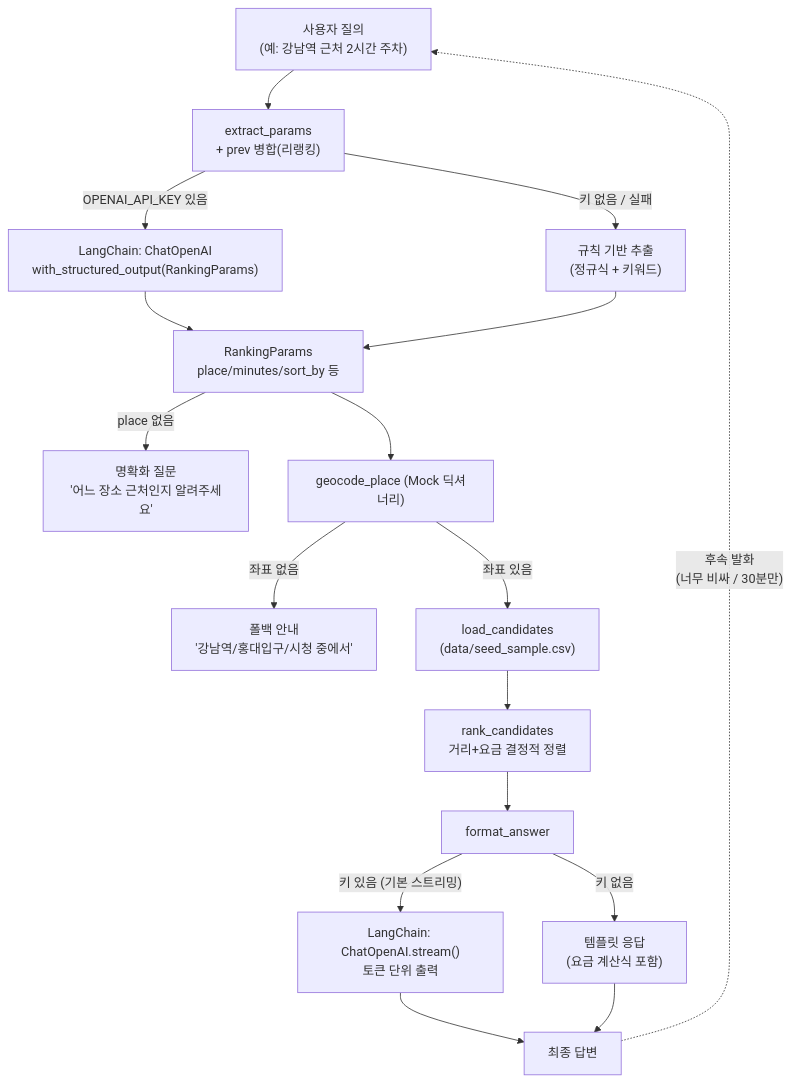
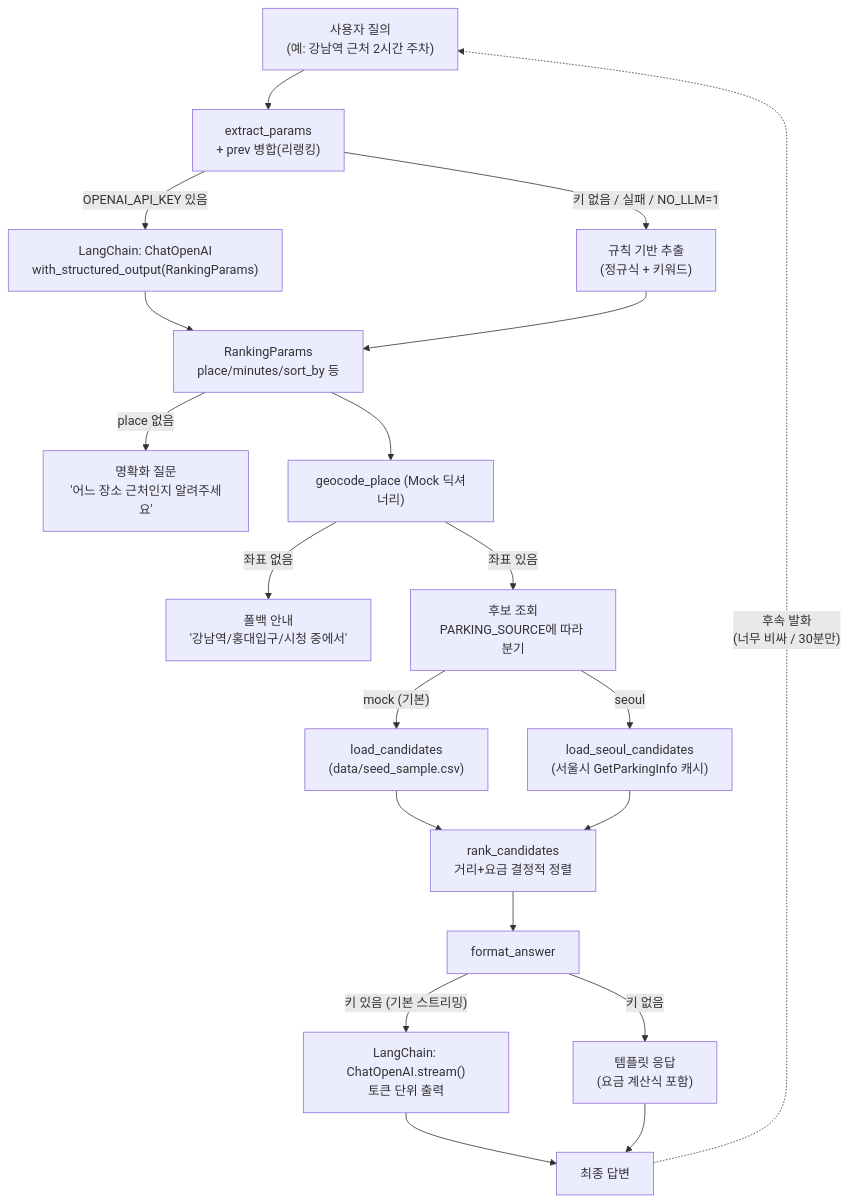
One commit to P4NTENG/parking-agent changed the diagram in README.md. Above: the diagram before and after it, drawn with Mermaid. The commit also changed other lines of this file and 2 other files, not shown here.

````diff
--- a/README.md
+++ b/README.md
@@ -18,19 +19,22 @@
 ```mermaid
 flowchart TD
     U["사용자 질의\n(예: 강남역 근처 2시간 주차)"] --> E["extract_params\n+ prev 병합(리랭킹)"]
     E -->|"OPENAI_API_KEY 있음"| L1["LangChain: ChatOpenAI\nwith_structured_output(RankingParams)"]
-    E -->|"키 없음 / 실패"| R1["규칙 기반 추출\n(정규식 + 키워드)"]
+    E -->|"키 없음 / 실패 / NO_LLM=1"| R1["규칙 기반 추출\n(정규식 + 키워드)"]
     L1 --> P["RankingParams\nplace/minutes/sort_by 등"]
     R1 --> P
     P -->|"place 없음"| C1["명확화 질문\n'어느 장소 근처인지 알려주세요'"]
     P --> G["geocode_place (Mock 딕셔너리)"]
     G -->|"좌표 없음"| C2["폴백 안내\n'강남역/홍대입구/시청 중에서'"]
-    G -->|"좌표 있음"| D["load_candidates\n(data/seed_sample.csv)"]
-    D --> K["rank_candidates\n거리+요금 결정적 정렬"]
+    G -->|"좌표 있음"| D["후보 조회\nPARKING_SOURCE에 따라 분기"]
+    D -->|"mock (기본)"| D1["load_candidates\n(data/seed_sample.csv)"]
+    D -->|"seoul"| D2["load_seoul_candidates\n(서울시 GetParkingInfo 캐시)"]
+    D1 --> K["rank_candidates\n거리+요금 결정적 정렬"]
+    D2 --> K
     K --> F["format_answer"]
     F -->|"키 있음 (기본 스트리밍)"| L2["LangChain: ChatOpenAI.stream()\n토큰 단위 출력"]
     F -->|"키 없음"| T["템플릿 응답\n(요금 계산식 포함)"]
     L2 --> A["최종 답변"]
     T --> A
     A -.->|"후속 발화\n(너무 비싸 / 30분만)"| U
 ```
````
